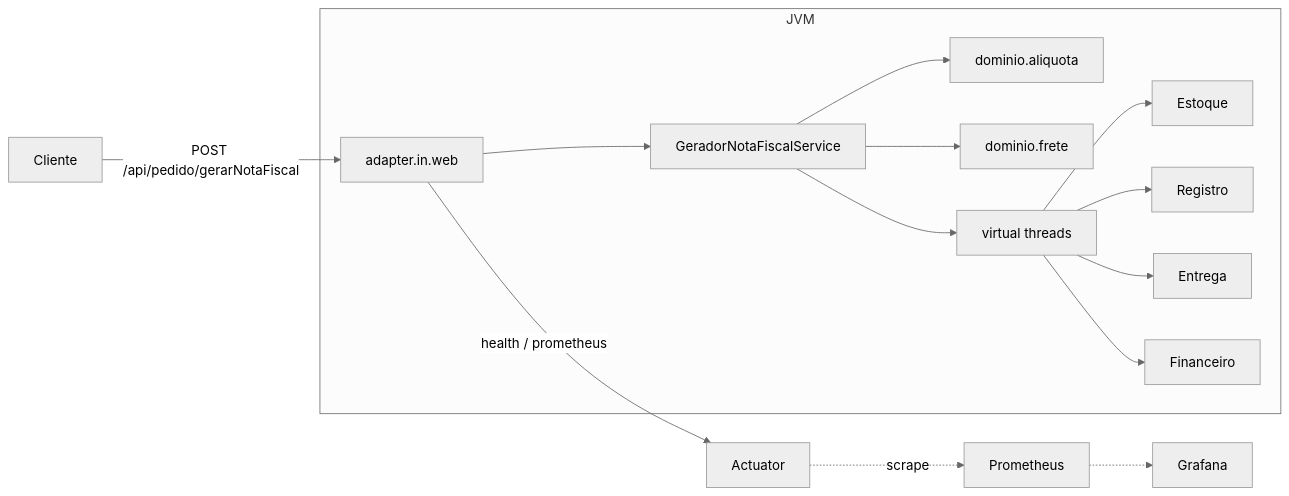
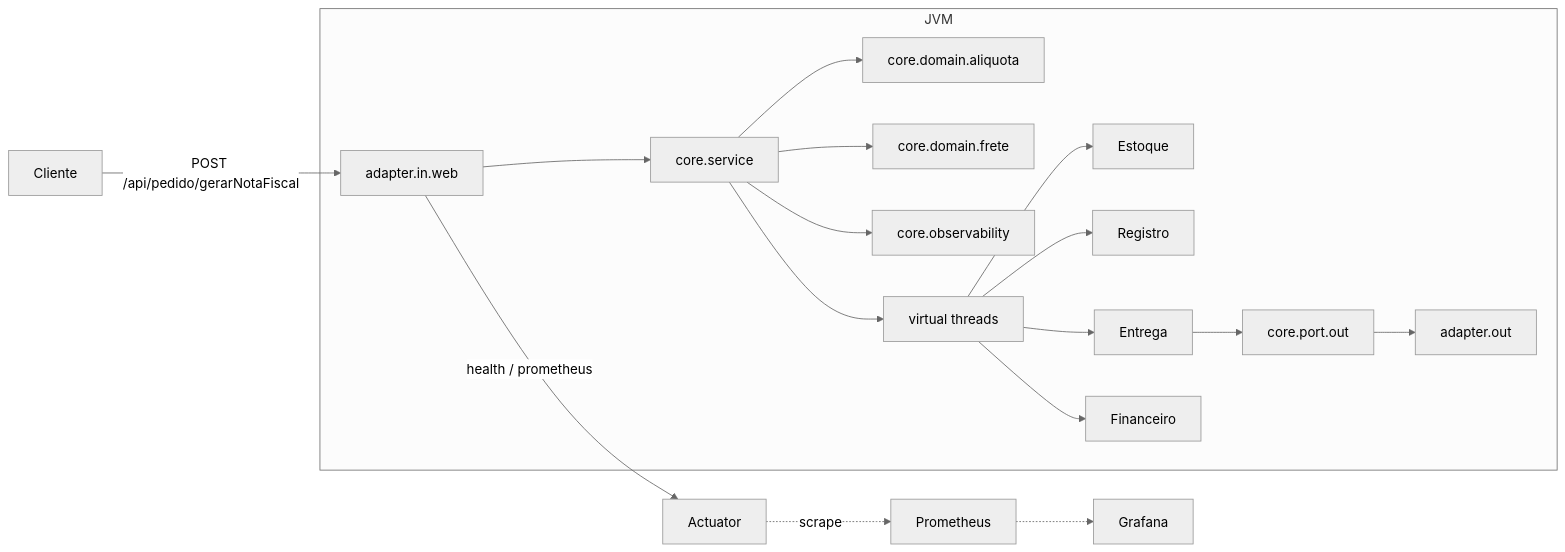
One commit to kaykyfreitas/case-nota-fiscal changed the diagram in README.md. Above: the diagram before and after it, drawn with Mermaid (neutral theme). The commit also changed other lines of this file and 134 other files, not shown here.

Commit message:
refactor: Isola o core em hexagonal com domain, enums e observability

````diff
--- a/README.md
+++ b/README.md
@@ -7,17 +7,20 @@
 ```mermaid
 flowchart LR
   Cliente -->|POST /api/pedido/gerarNotaFiscal| HTTP
   subgraph JVM
-    HTTP[adapter.in.web] --> Gerador[GeradorNotaFiscalService]
-    Gerador --> Aliquota[dominio.aliquota]
-    Gerador --> Frete[dominio.frete]
+    HTTP[adapter.in.web] --> Gerador[core.service]
+    Gerador --> Aliquota[core.domain.aliquota]
+    Gerador --> Frete[core.domain.frete]
+    Gerador --> Metrics[core.observability]
     Gerador --> VT[virtual threads]
     VT --> Estoque
     VT --> Registro
     VT --> Entrega
     VT --> Financeiro
+    Entrega --> Port[core.port.out]
+    Port --> Out[adapter.out]
   end
   HTTP -->|health / prometheus| Actuator
   Actuator -.->|scrape| Prom[Prometheus]
   Prom -.-> Grafana
 ```
````
